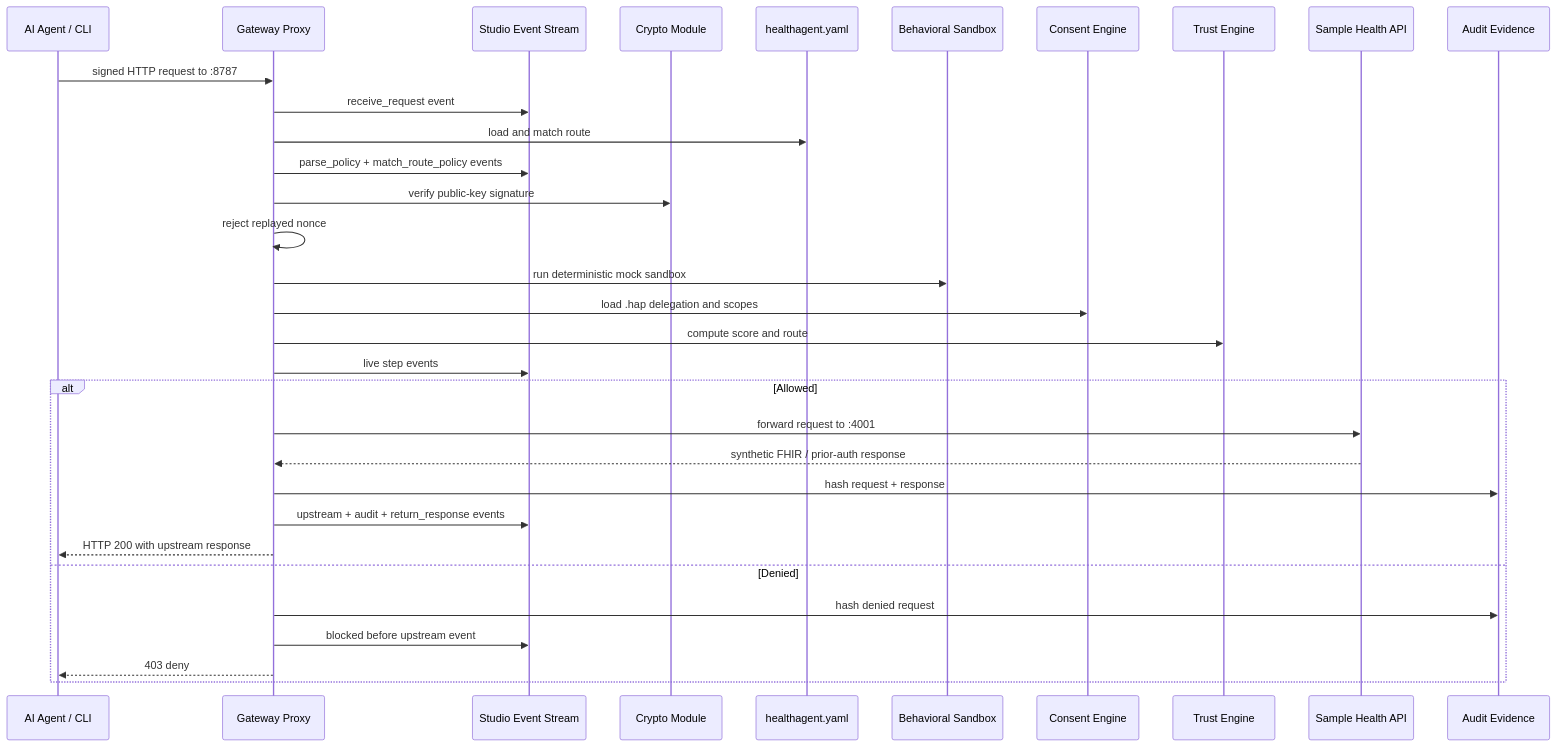
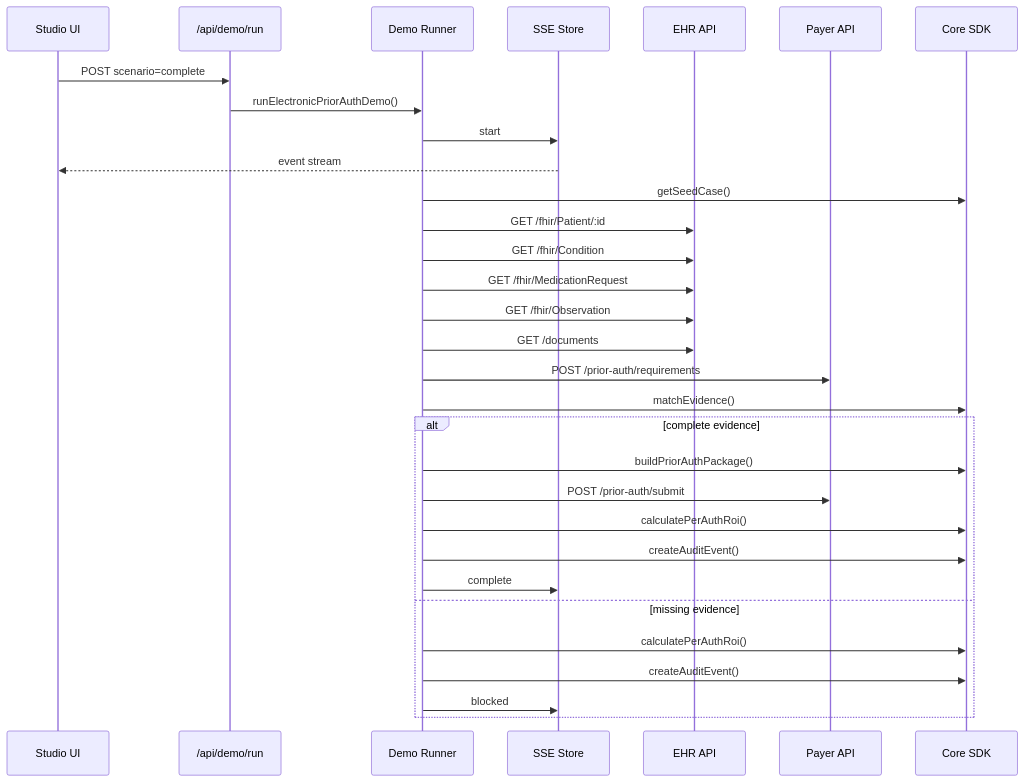
Before and after one commit to roshaninfordham/healthagentpassport: the third of 5 diagrams in docs/architecture.md, drawn with Mermaid. The commit also changed other lines of this file and 137 other files, not shown here.

Commit message:
Transform product into PriorAuth Passport

````diff
--- a/docs/architecture.md
+++ b/docs/architecture.md
@@ -119,35 +45,34 @@
 ```mermaid
 sequenceDiagram
-  participant Agent as AI Agent / CLI
-  participant Gateway as Gateway Proxy
-  participant Studio as Studio Event Stream
-  participant Crypto as Crypto Module
-  participant Policy as healthagent.yaml
-  participant Sandbox as Behavioral Sandbox
-  participant Consent as Consent Engine
-  participant Trust as Trust Engine
-  participant Upstream as Sample Health API
-  participant Audit as Audit Evidence
+  participant UI as Studio UI
+  participant API as /api/demo/run
+  participant Runner as Demo Runner
+  participant Events as SSE Store
+  participant EHR as EHR API
+  participant Payer as Payer API
+  participant Core as Core SDK
 
-  Agent->>Gateway: signed HTTP request to :8787
-  Gateway->>Studio: receive_request event
-  Gateway->>Policy: load and match route
-  Gateway->>Studio: parse_policy + match_route_policy events
-  Gateway->>Crypto: verify public-key signature
-  Gateway->>Gateway: reject replayed nonce
-  Gateway->>Sandbox: run deterministic mock sandbox
-  Gateway->>Consent: load .hap delegation and scopes
-  Gateway->>Trust: compute score and route
-  Gateway->>Studio: live step events
-  alt Allowed
-    Gateway->>Upstream: forward request to :4001
-    Upstream-->>Gateway: synthetic FHIR / prior-auth response
-    Gateway->>Audit: hash request + response
-    Gateway->>Studio: upstream + audit + return_response events
-    Gateway-->>Agent: HTTP 200 with upstream response
-  else Denied
-    Gateway->>Audit: hash denied request
-    Gateway->>Studio: blocked before upstream event
-    Gateway-->>Agent: 403 deny
+  UI->>API: POST scenario=complete
+  API->>Runner: runElectronicPriorAuthDemo()
+  Runner->>Events: start
+  Events-->>UI: event stream
+  Runner->>Core: getSeedCase()
+  Runner->>EHR: GET /fhir/Patient/:id
+  Runner->>EHR: GET /fhir/Condition
+  Runner->>EHR: GET /fhir/MedicationRequest
+  Runner->>EHR: GET /fhir/Observation
+  Runner->>EHR: GET /documents
+  Runner->>Payer: POST /prior-auth/requirements
+  Runner->>Core: matchEvidence()
+  alt complete evidence
+    Runner->>Core: buildPriorAuthPackage()
+    Runner->>Payer: POST /prior-auth/submit
+    Runner->>Core: calculatePerAuthRoi()
+    Runner->>Core: createAuditEvent()
+    Runner->>Events: complete
+  else missing evidence
+    Runner->>Core: calculatePerAuthRoi()
+    Runner->>Core: createAuditEvent()
+    Runner->>Events: blocked
   end
 ```
````
